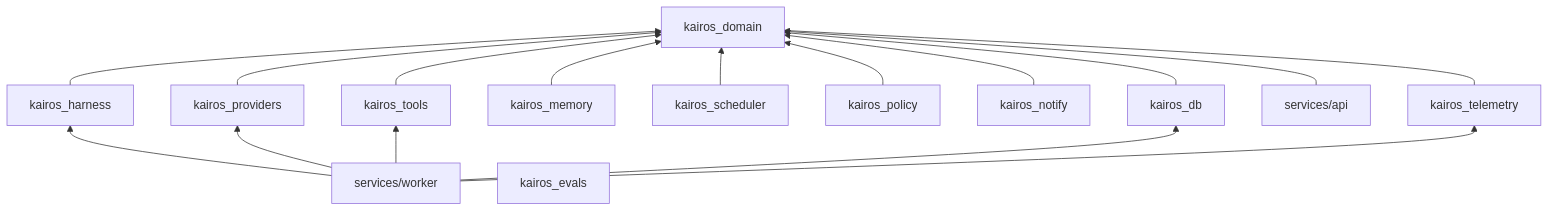
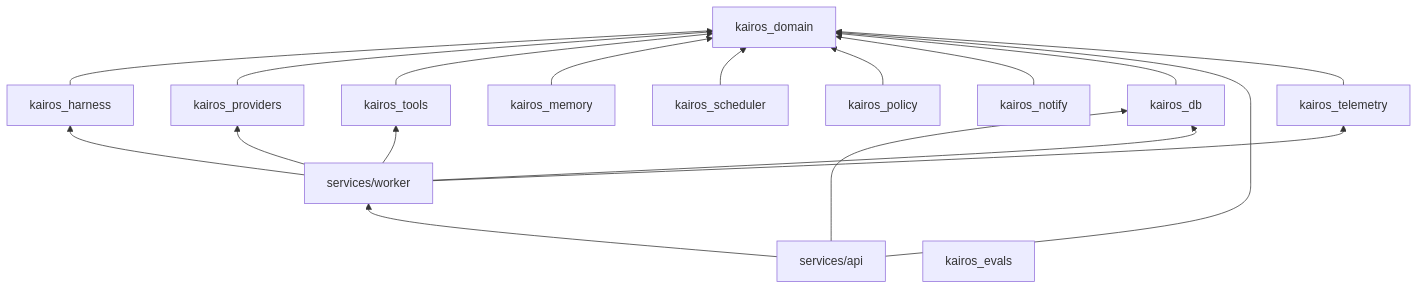
One commit to varunramakanth/kairos changed the second of 3 diagrams in docs/architecture.md. Above: the diagram before and after it, drawn with Mermaid. The commit also changed other lines of this file and 7 other files, not shown here.

````diff
--- a/docs/architecture.md
+++ b/docs/architecture.md
@@ -31,20 +31,22 @@
 ```mermaid
 flowchart BT
   domain[kairos_domain]
   harness[kairos_harness] --> domain
   providers[kairos_providers] --> domain
   tools[kairos_tools] --> domain
   memory[kairos_memory] --> domain
   scheduler[kairos_scheduler] --> domain
   policy[kairos_policy] --> domain
   notify[kairos_notify] --> domain
   db[kairos_db] --> domain
   api[services/api] --> domain
+  api --> db
+  api --> worker
   worker[services/worker] --> harness
   worker --> providers
   worker --> tools
   worker --> db
   worker --> telemetry
   telemetry[kairos_telemetry] --> domain
   evals[kairos_evals]
 ```
````
